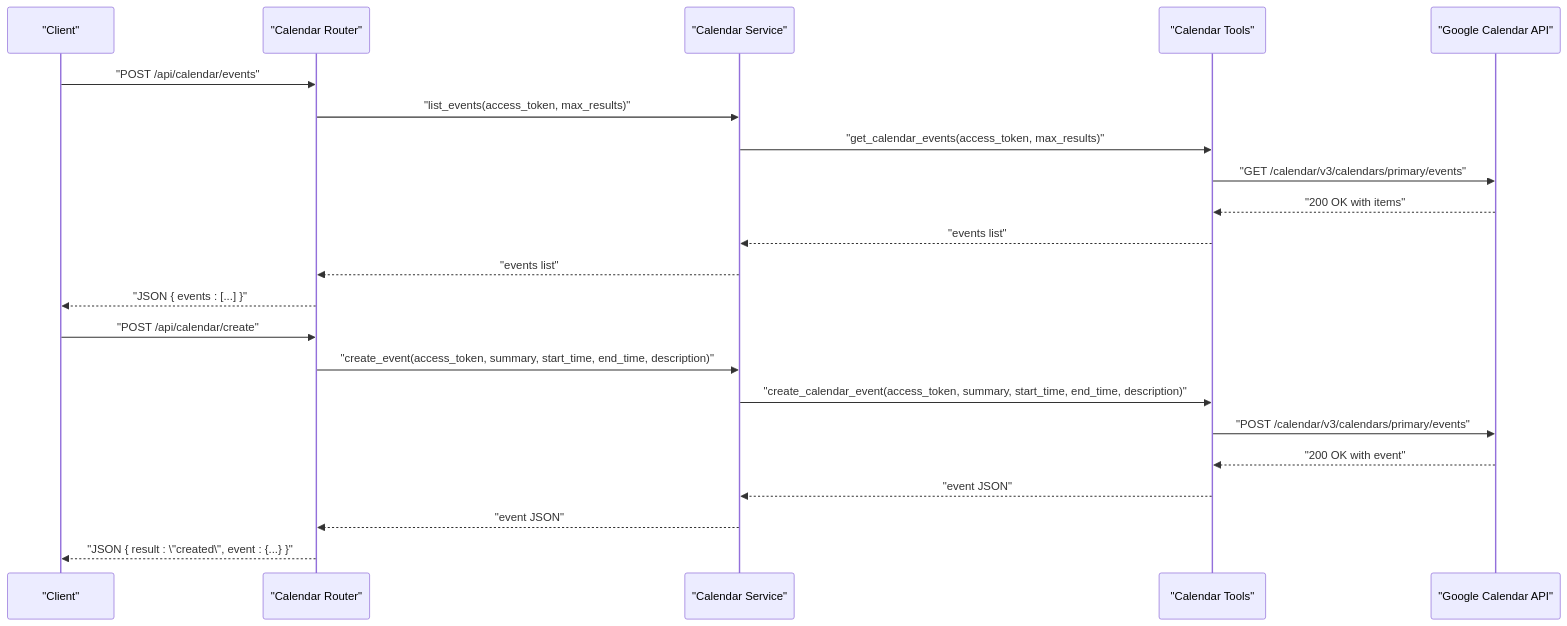
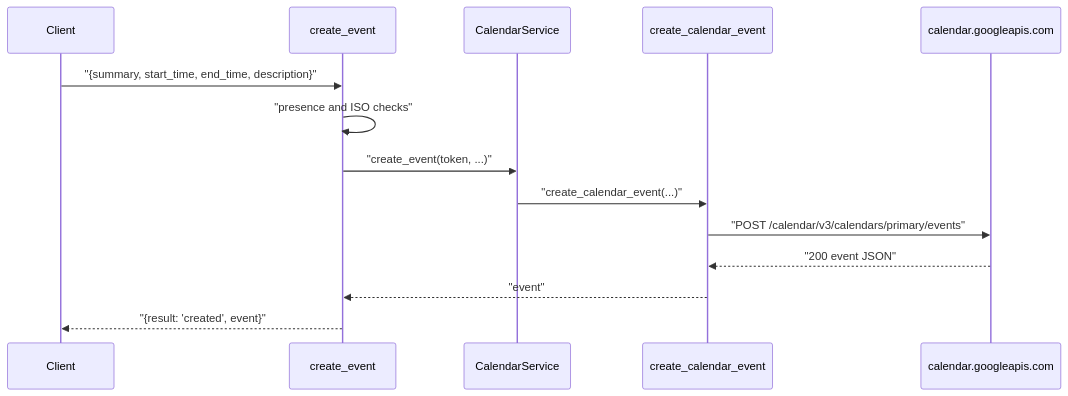
One commit to tashifkhan/tashif.codes changed the fifth of 6 diagrams in src/data/docs/agentic-browser/API Server/Calendar Integration API.md. Above: the diagram before and after it, drawn with Mermaid. The commit also changed other lines of this file and 114 other files, not shown here.

````diff
--- a/src/data/docs/agentic-browser/API Server/Calendar Integration API.md
+++ b/src/data/docs/agentic-browser/API Server/Calendar Integration API.md
@@ -49,24 +145,16 @@
 ```mermaid
 sequenceDiagram
-participant Client as "Client"
-participant Router as "Calendar Router"
-participant Service as "Calendar Service"
-participant Tool as "Calendar Tools"
-participant GCal as "Google Calendar API"
-Client->>Router : "POST /api/calendar/events"
-Router->>Service : "list_events(access_token, max_results)"
-Service->>Tool : "get_calendar_events(access_token, max_results)"
-Tool->>GCal : "GET /calendar/v3/calendars/primary/events"
-GCal-->>Tool : "200 OK with items"
-Tool-->>Service : "events list"
-Service-->>Router : "events list"
-Router-->>Client : "JSON { events : [...] }"
-Client->>Router : "POST /api/calendar/create"
-Router->>Service : "create_event(access_token, summary, start_time, end_time, description)"
-Service->>Tool : "create_calendar_event(access_token, summary, start_time, end_time, description)"
-Tool->>GCal : "POST /calendar/v3/calendars/primary/events"
-GCal-->>Tool : "200 OK with event"
-Tool-->>Service : "event JSON"
-Service-->>Router : "event JSON"
-Router-->>Client : "JSON { result : \"created\", event : {...} }"
+  participant C as Client
+  participant R as create_event
+  participant S as CalendarService
+  participant T as create_calendar_event
+  participant API as calendar.googleapis.com
+  C->>R: "{summary, start_time, end_time, description}"
+  R->>R: "presence and ISO checks"
+  R->>S: "create_event(token, ...)"
+  S->>T: "create_calendar_event(...)"
+  T->>API: "POST /calendar/v3/calendars/primary/events"
+  API-->>T: "200 event JSON"
+  T-->>R: "event"
+  R-->>C: "{result: 'created', event}"
 ```
````
